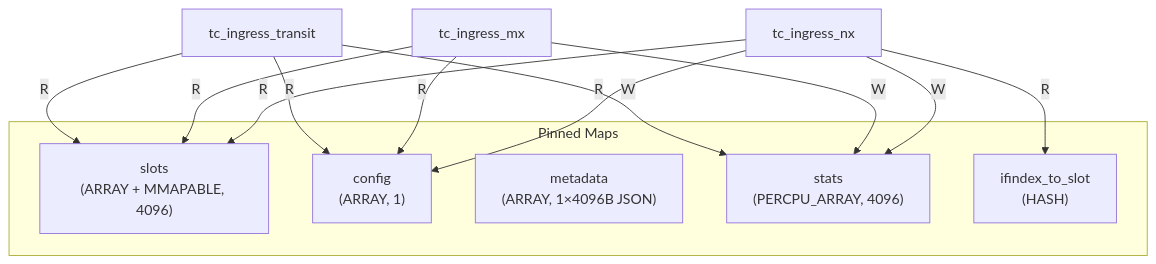
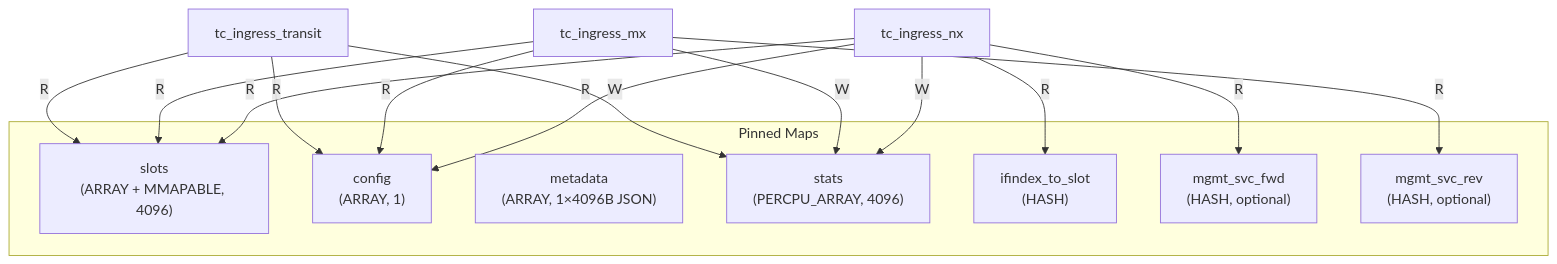
Before and after one commit to kuasar-sandbox/connector: the second of 2 diagrams in docs/PROPOSAL.md, drawn with Mermaid. The commit also changed other lines of this file and 21 other files, not shown here.

````diff
--- a/docs/PROPOSAL.md
+++ b/docs/PROPOSAL.md
@@ -237,20 +259,24 @@
 ```mermaid
 flowchart TB
     subgraph Maps["Pinned Maps"]
         slots["slots<br>(ARRAY + MMAPABLE, 4096)"]
         config["config<br>(ARRAY, 1)"]
         metadata["metadata<br>(ARRAY, 1×4096B JSON)"]
         stats["stats<br>(PERCPU_ARRAY, 4096)"]
         ifindex["ifindex_to_slot<br>(HASH)"]
+        svcfwd["mgmt_svc_fwd<br>(HASH, optional)"]
+        svcrev["mgmt_svc_rev<br>(HASH, optional)"]
     end
     TC_NX["tc_ingress_nx"] -->|R| slots
     TC_NX -->|R| config
     TC_NX -->|R| ifindex
+    TC_NX -->|R| svcfwd
     TC_NX -->|W| stats
     TC_MX["tc_ingress_mx"] -->|R| slots
     TC_MX -->|R| config
+    TC_MX -->|R| svcrev
     TC_MX -->|W| stats
     TC_TR["tc_ingress_transit"] -->|R| slots
     TC_TR -->|R| config
     TC_TR -->|W| stats
 ```
````
